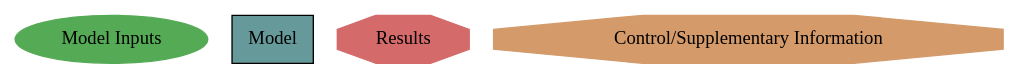
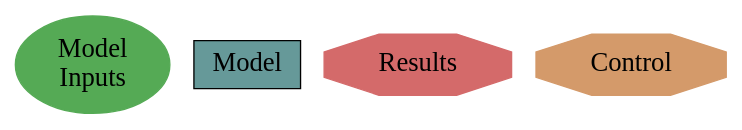
Before and after one commit to allfed/allfed-integrated-model: the diagram in results/Figure_4/overview_legend.dot, drawn with Graphviz. The commit also changed 6 other files, not shown here.

```diff
--- a/results/Figure_4/overview_legend.dot
+++ b/results/Figure_4/overview_legend.dot
@@ -1,8 +1,8 @@
 digraph ModelOverview{
 
-    norm_consumption [label="Model Inputs", style="filled",color="#55AA55"];
-    model [label="Model", shape=box, style="filled", fillcolor="#669999"];
-    nw [label="Results", shape=octagon, color="#D46A6A", style="filled"];
-    Baseline [label="Control/Supplementary Information", shape=octagon, color="#D49A6A", style="filled"];
+    norm_consumption [label="Model\nInputs",fontsize=20, style="filled",color="#55AA55"];
+    model [label="Model", shape=box, fontsize=20,style="filled", fillcolor="#669999"];
+    nw [label="Results", shape=octagon,fontsize=20, color="#D46A6A", style="filled"];
+    Baseline [label="Control", shape=octagon,fontsize=20, color="#D49A6A", style="filled"];
 
 }
```
